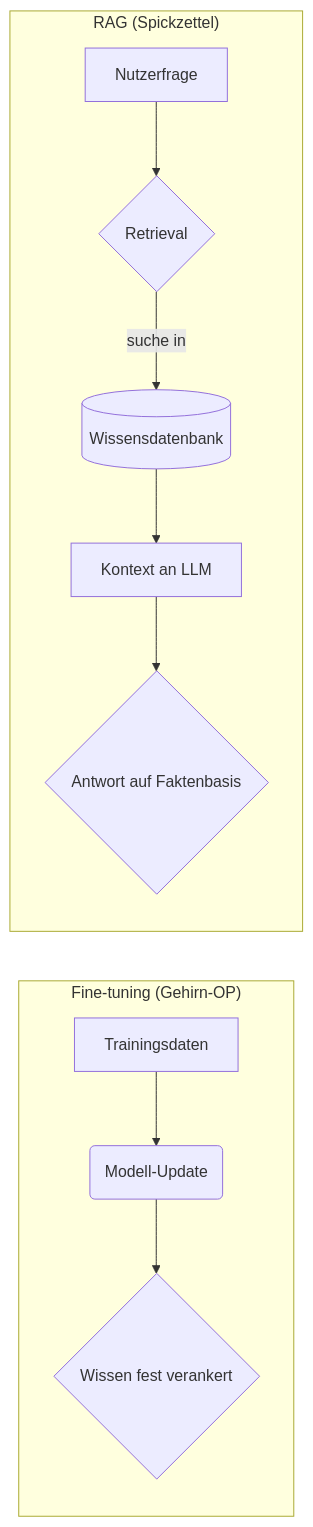
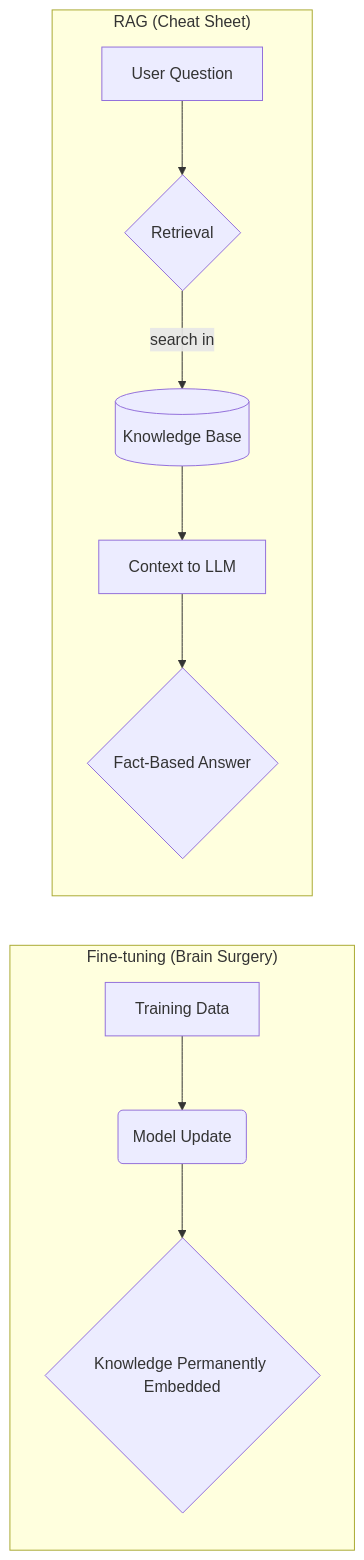
Diagram 15 of 19 in glossary/rendered/AI-Glossary.md (roger-infanger-weibel/ghostwriter.ai), drawn with Mermaid before and after one commit. The commit also changed other lines of this file and 24 other files, not shown here.

````diff
--- a/glossary/rendered/AI-Glossary.md
+++ b/glossary/rendered/AI-Glossary.md
@@ -481,14 +481,14 @@
 ```mermaid
 graph LR
-    subgraph "Fine-tuning (Gehirn-OP)"
-    A[Trainingsdaten] --> B(Modell-Update)
-    B --> C{Wissen fest verankert}
+    subgraph "Fine-tuning (Brain Surgery)"
+    A[Training Data] --> B(Model Update)
+    B --> C{Knowledge Permanently Embedded}
     end
 
-    subgraph "RAG (Spickzettel)"
-    D[Nutzerfrage] --> E{Retrieval}
-    E -->|suche in| F[(Wissensdatenbank)]
-    F --> G[Kontext an LLM]
-    G --> H{Antwort auf Faktenbasis}
+    subgraph "RAG (Cheat Sheet)"
+    D[User Question] --> E{Retrieval}
+    E -->|search in| F[(Knowledge Base)]
+    F --> G[Context to LLM]
+    G --> H{Fact-Based Answer}
     end
 ```
````
